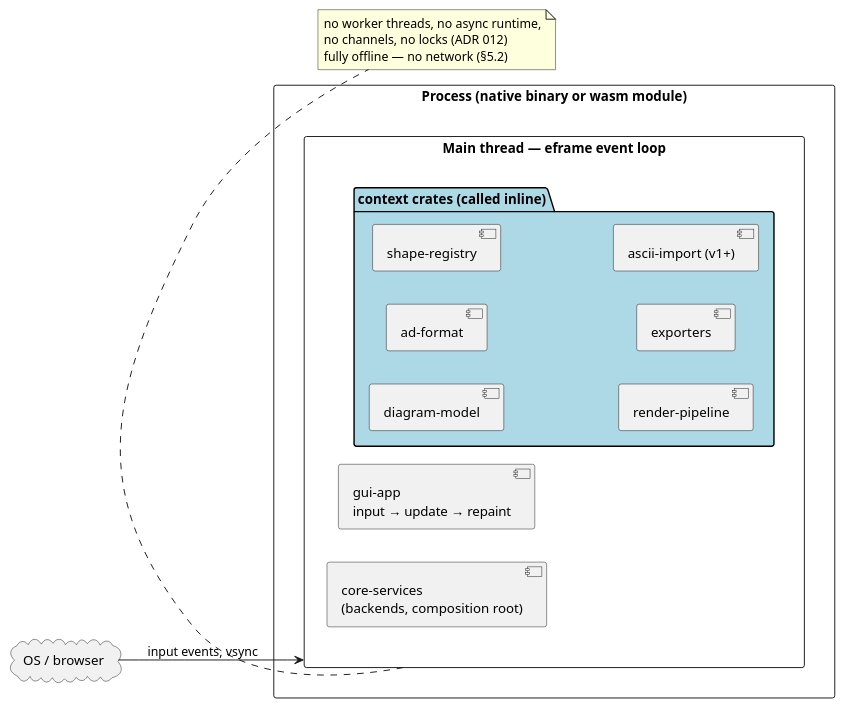
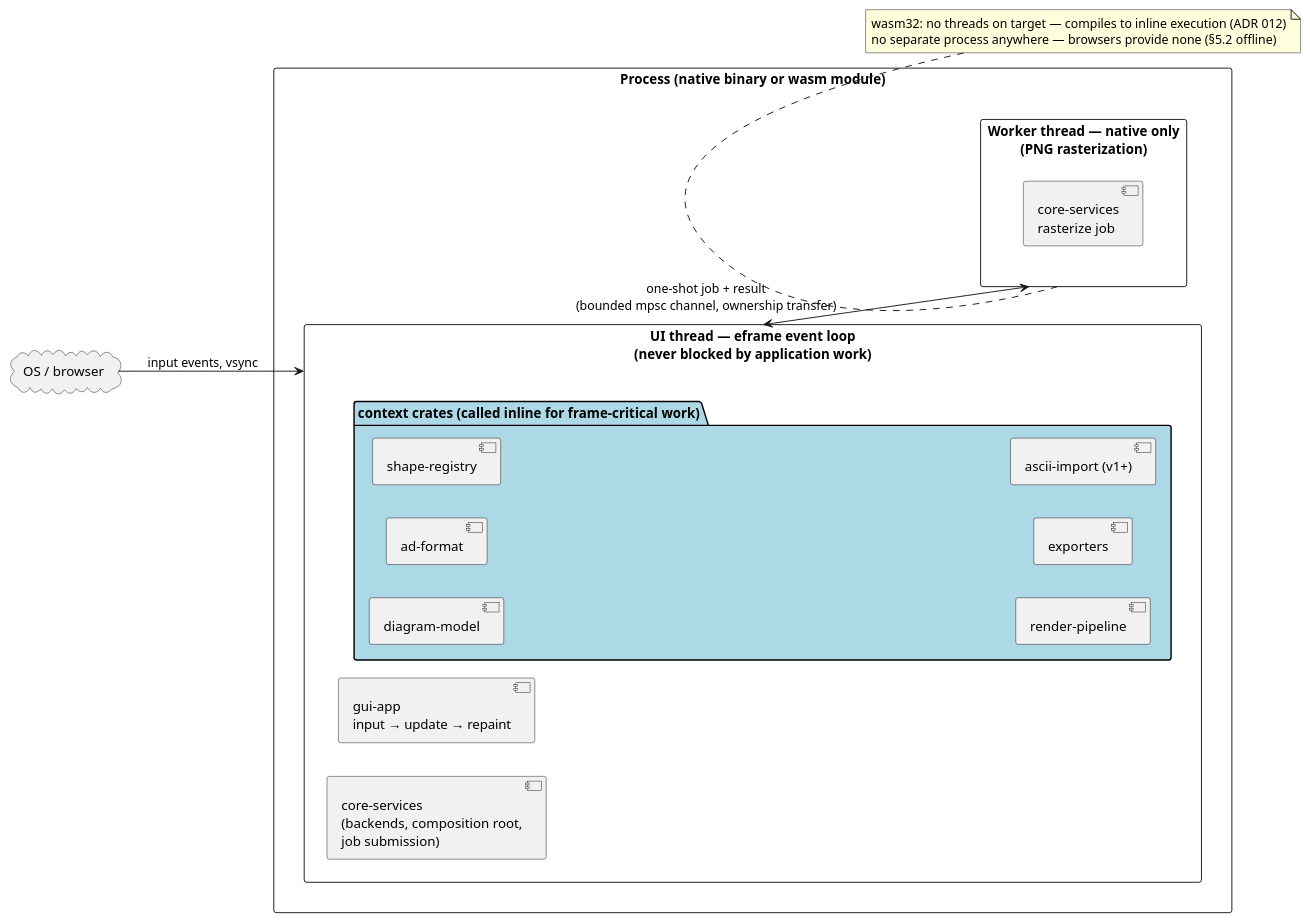
One commit to Reto411/ascii-diagram-drawer changed the first of 7 diagrams in doc/arc42/09-runtime-view.md. Above: the diagram before and after it, drawn with PlantUML. The commit also changed other lines of this file and 4 other files, not shown here.

First line of the commit message:
ADR 012 v2: responsive UI — dedicated UI thread, worker for non-frame work

````diff
--- a/doc/arc42/09-runtime-view.md
+++ b/doc/arc42/09-runtime-view.md
@@ -17,22 +17,26 @@
 ```plantuml
 @startuml
 left to right direction
 rectangle "Process (native binary or wasm module)" {
-  rectangle "Main thread — eframe event loop" as main {
+  rectangle "UI thread — eframe event loop\n(never blocked by application work)" as main {
     component "gui-app\ninput → update → repaint" as gui
-    component "core-services\n(backends, composition root)" as svc
-    package "context crates (called inline)" as ctxs #LightBlue {
+    component "core-services\n(backends, composition root,\njob submission)" as svc
+    package "context crates (called inline for frame-critical work)" as ctxs #LightBlue {
       [diagram-model]
       [ad-format]
       [shape-registry]
       [render-pipeline]
       [exporters]
       [ascii-import (v1+)]
     }
   }
+  rectangle "Worker thread — native only\n(PNG rasterization)" as worker {
+    component "core-services\nrasterize job" as wjob
+  }
 }
 cloud "OS / browser" as host
 host --> main : input events, vsync
-note bottom of main : no worker threads, no async runtime,\nno channels, no locks (ADR 012)\nfully offline — no network (§5.2)
+main <--> worker : one-shot job + result\n(bounded mpsc channel, ownership transfer)
+note bottom of worker : wasm32: no threads on target — compiles to inline execution (ADR 012)\nno separate process anywhere — browsers provide none (§5.2 offline)
 @enduml
 ```
````
